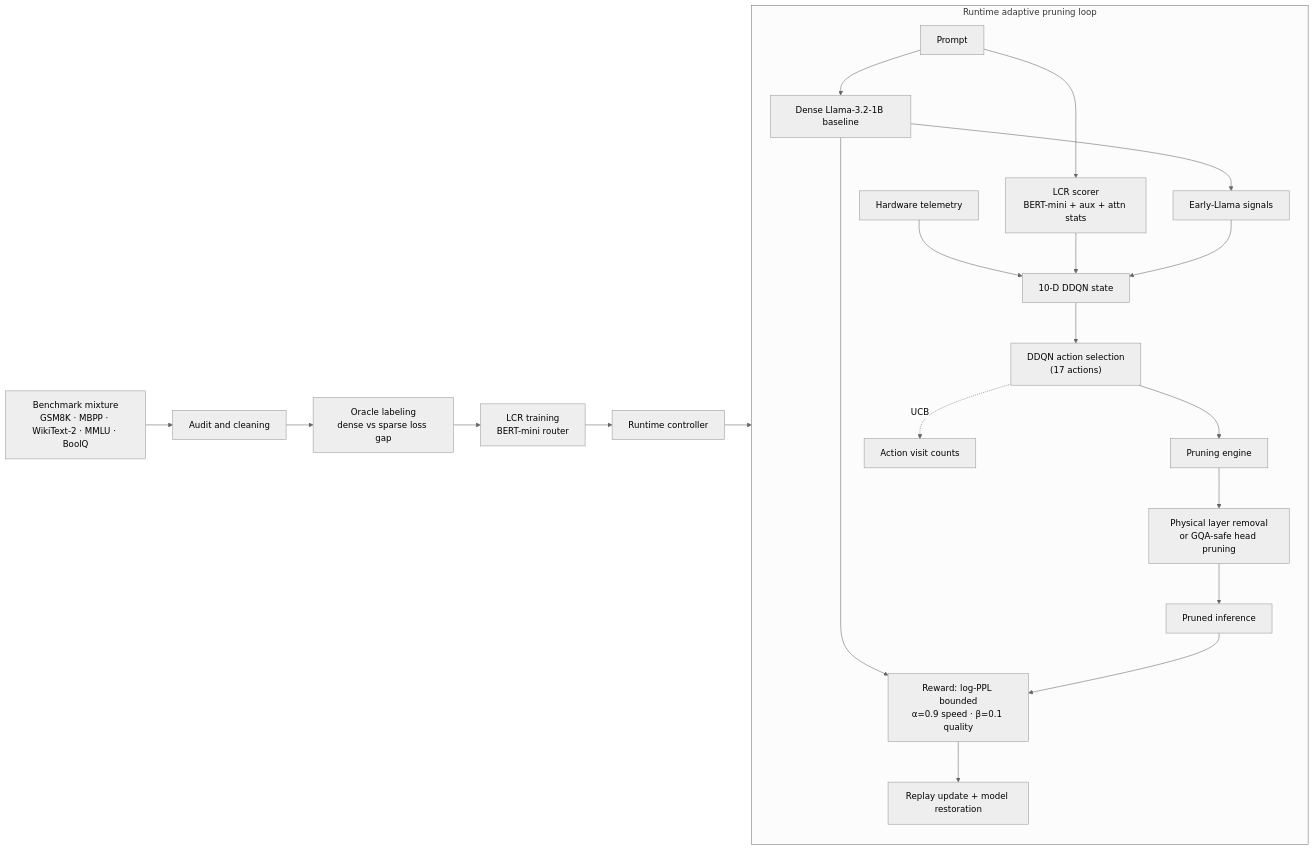
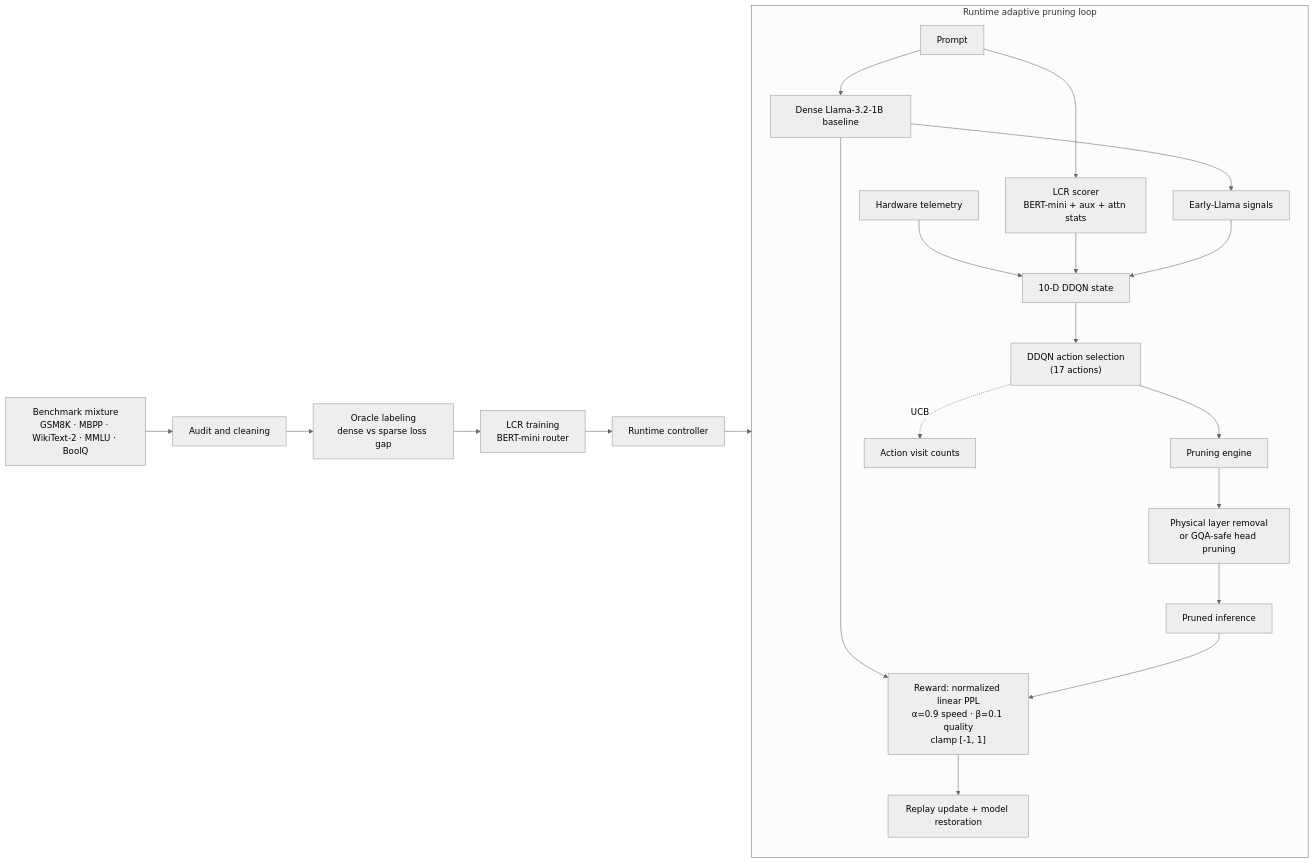
One commit to asief-iqbal/Thesis changed the ninth of 15 diagrams in README.md. Above: the diagram before and after it, drawn with Mermaid (neutral theme). The commit also changed other lines of this file and 37 other files, not shown here.

Commit message:
Replace log-PPL reward with normalized linear PPL ratio [-1,1], fix LaTeX rendering, simplify importance scoring explanation

````diff
--- a/README.md
+++ b/README.md
@@ -1163,26 +1178,26 @@
 ```mermaid
 flowchart LR
     A[Benchmark mixture<br/>GSM8K · MBPP · WikiText-2 · MMLU · BoolQ] --> B[Audit and cleaning]
     B --> C[Oracle labeling<br/>dense vs sparse loss gap]
     C --> D[LCR training<br/>BERT-mini router]
     D --> E[Runtime controller]
 
     subgraph Runtime ["Runtime adaptive pruning loop"]
         F[Prompt] --> G[Dense Llama-3.2-1B baseline]
         F --> H[LCR scorer<br/>BERT-mini + aux + attn stats]
         G --> I[Early-Llama signals]
         J[Hardware telemetry] --> K["10-D DDQN state"]
         H --> K
         I --> K
         K --> L["DDQN action selection<br/>(17 actions)"]
         L --> M[Pruning engine]
         M --> N["Physical layer removal<br/>or GQA-safe head pruning"]
         N --> O[Pruned inference]
-        G --> P["Reward: log-PPL bounded<br/>α=0.9 speed · β=0.1 quality"]
+        G --> P["Reward: normalized linear PPL<br/>α=0.9 speed · β=0.1 quality<br/>clamp [-1, 1]"]
         O --> P
         P --> Q[Replay update + model restoration]
         L -.->|UCB| R[Action visit counts]
     end
 
     E --> Runtime
 ```
````
